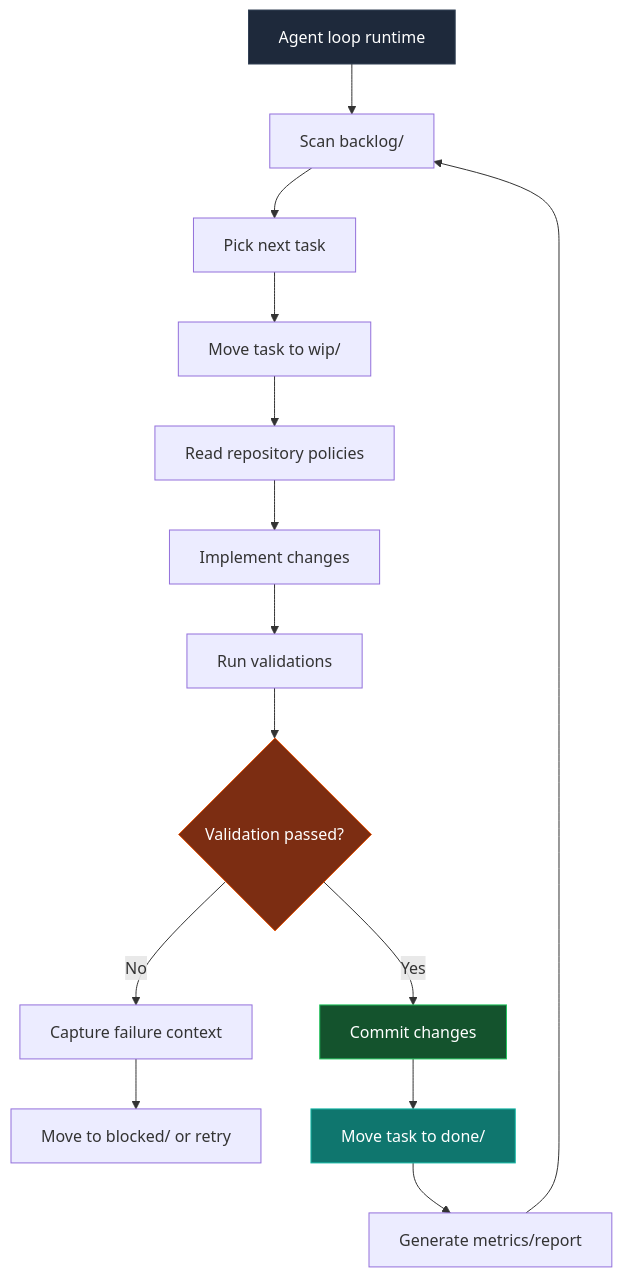
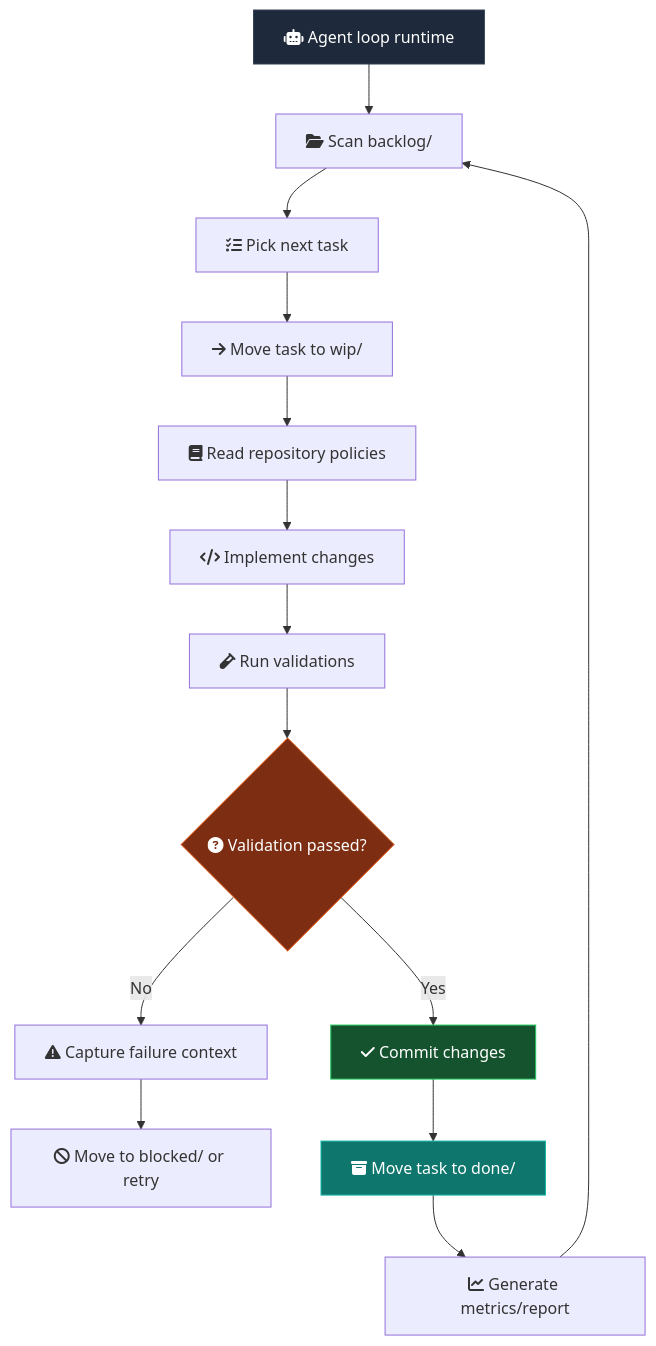
Before and after one commit to nelson-o/nelson-o.github.io: the first of 5 diagrams in content/en/ideas/agent-loops.mdx, drawn with Mermaid. The commit also changed other lines of this file and 3 other files, not shown here.

````diff
--- a/content/en/ideas/agent-loops.mdx
+++ b/content/en/ideas/agent-loops.mdx
@@ -55,21 +55,21 @@
 ```mermaid
 flowchart TD
-  A["Agent loop runtime"] --> B["Scan backlog/"]
-  B --> C["Pick next task"]
-  C --> D["Move task to wip/"]
-  D --> E["Read repository policies"]
-  E --> F["Implement changes"]
-  F --> G["Run validations"]
-  G --> H{"Validation passed?"}
-  H -- "No" --> I["Capture failure context"]
-  I --> J["Move to blocked/ or retry"]
-  H -- "Yes" --> K["Commit changes"]
-  K --> L["Move task to done/"]
-  L --> M["Generate metrics/report"]
+  A["fa:fa-robot Agent loop runtime"] --> B["fa:fa-folder-open Scan backlog/"]
+  B --> C["fa:fa-list-check Pick next task"]
+  C --> D["fa:fa-arrow-right Move task to wip/"]
+  D --> E["fa:fa-book Read repository policies"]
+  E --> F["fa:fa-code Implement changes"]
+  F --> G["fa:fa-vial Run validations"]
+  G --> H{"fa:fa-circle-question Validation passed?"}
+  H -- "No" --> I["fa:fa-triangle-exclamation Capture failure context"]
+  I --> J["fa:fa-ban Move to blocked/ or retry"]
+  H -- "Yes" --> K["fa:fa-check Commit changes"]
+  K --> L["fa:fa-box-archive Move task to done/"]
+  L --> M["fa:fa-chart-line Generate metrics/report"]
   M --> B
 
   style A fill:#1e293b,color:#fff,stroke:#334155
   style H fill:#7c2d12,color:#fff,stroke:#ea580c
   style K fill:#14532d,color:#fff,stroke:#22c55e
   style L fill:#0f766e,color:#fff,stroke:#14b8a6
 ```
````
